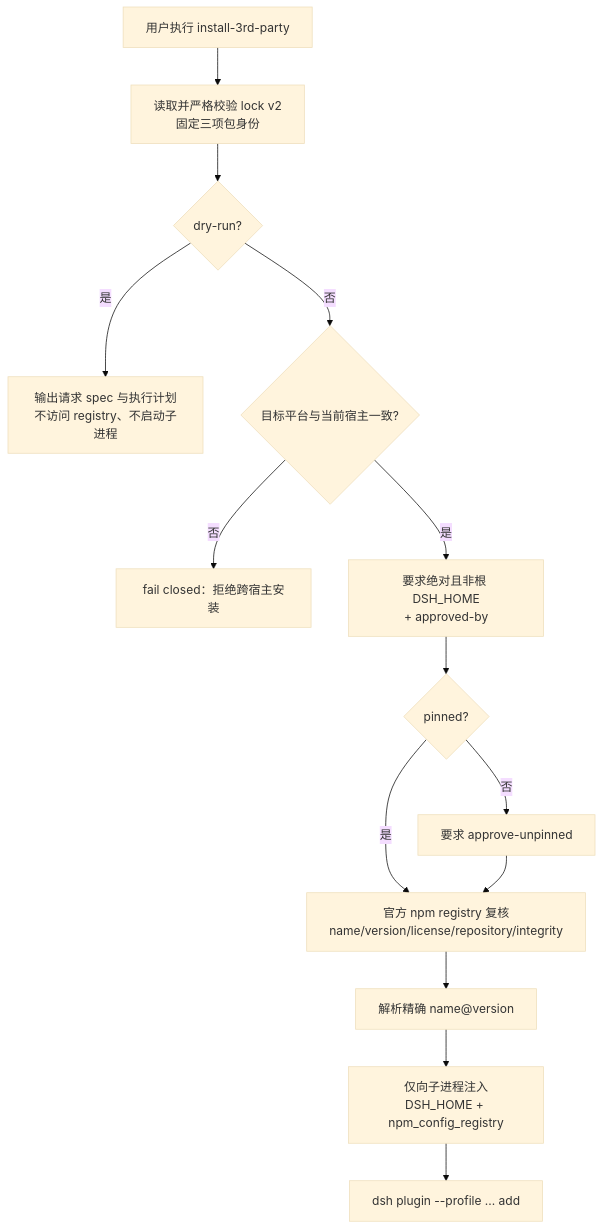
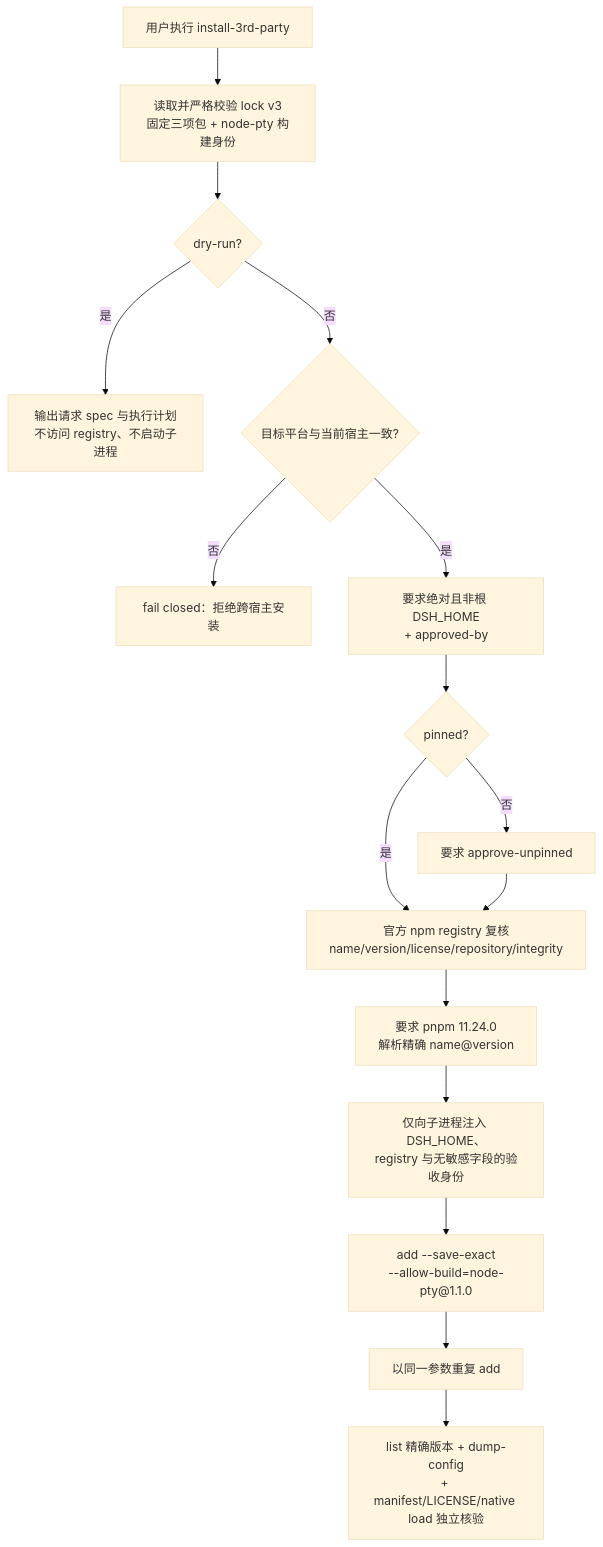
Before and after one commit to yin52133/dsh-luban: the second of 2 diagrams in design/03-modules/M12-market-release.md, drawn with Mermaid (base theme). The commit also changed other lines of this file and 3 other files, not shown here.

Commit message:
docs(installer): document verified A-class flow

````diff
--- a/design/03-modules/M12-market-release.md
+++ b/design/03-modules/M12-market-release.md
@@ -59,16 +60,18 @@
 ```mermaid
 flowchart TD
-    U["用户执行 install-3rd-party"] --> L["读取并严格校验 lock v2<br/>固定三项包身份"]
+    U["用户执行 install-3rd-party"] --> L["读取并严格校验 lock v3<br/>固定三项包 + node-pty 构建身份"]
     L --> D{"dry-run?"}
     D -- 是 --> O["输出请求 spec 与执行计划<br/>不访问 registry、不启动子进程"]
     D -- 否 --> H{"目标平台与当前宿主一致?"}
     H -- 否 --> X["fail closed：拒绝跨宿主安装"]
     H -- 是 --> A["要求绝对且非根 DSH_HOME<br/>+ approved-by"]
     A --> P{"pinned?"}
     P -- 否 --> P2["要求 approve-unpinned"]
     P -- 是 --> R["官方 npm registry 复核<br/>name/version/license/repository/integrity"]
     P2 --> R
-    R --> E["解析精确 name@version"]
-    E --> C["仅向子进程注入<br/>DSH_HOME + npm_config_registry"]
-    C --> I["dsh plugin --profile ... add"]
+    R --> E["要求 pnpm 11.24.0<br/>解析精确 name@version"]
+    E --> C["仅向子进程注入 DSH_HOME、<br/>registry 与无敏感字段的验收身份"]
+    C --> I["add --save-exact<br/>--allow-build=node-pty@1.1.0"]
+    I --> I2["以同一参数重复 add"]
+    I2 --> V["list 精确版本 + dump-config<br/>+ manifest/LICENSE/native load 独立核验"]
 ```
````
